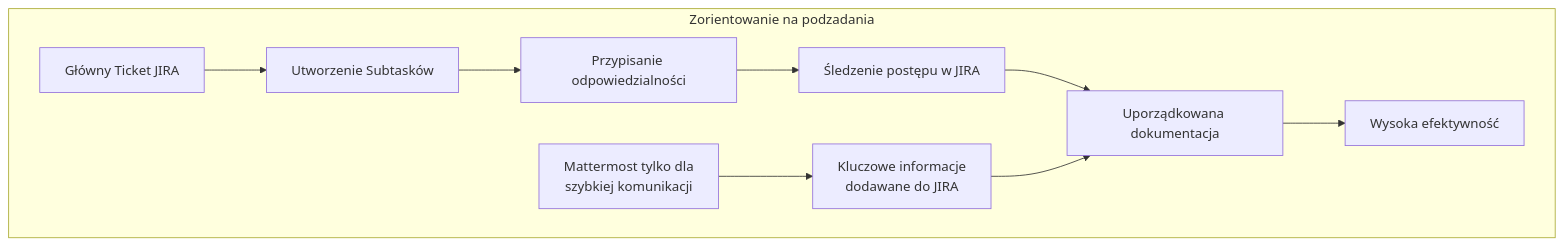
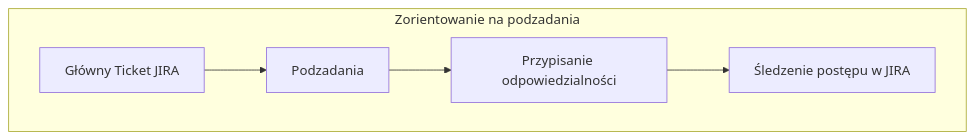
One commit to tom-sapletta-com/komunikacja changed the second of 3 diagrams in README.md. Above: the diagram before and after it, drawn with Mermaid. The commit also changed other lines of this file, not shown here.

````diff
--- a/README.md
+++ b/README.md
@@ -21,14 +23,9 @@
 ```mermaid
 graph TB
     subgraph Zorientowanie na podzadania
-        H[Główny Ticket JIRA] --> I[Utworzenie Subtasków]
+        H[Główny Ticket JIRA] --> I[Podzadania]
         I --> J[Przypisanie odpowiedzialności]
-        J --> K[Śledzenie postępu w JIRA]
-        K --> L[Uporządkowana dokumentacja]
-        L --> M[Wysoka efektywność]
-        
-        N[Mattermost tylko dla\nszybkiej komunikacji] --> O[Kluczowe informacje\ndodawane do JIRA]
-        O --> L
+        J --> K[Śledzenie postępu w JIRA]        
     end
 
 ```
````
